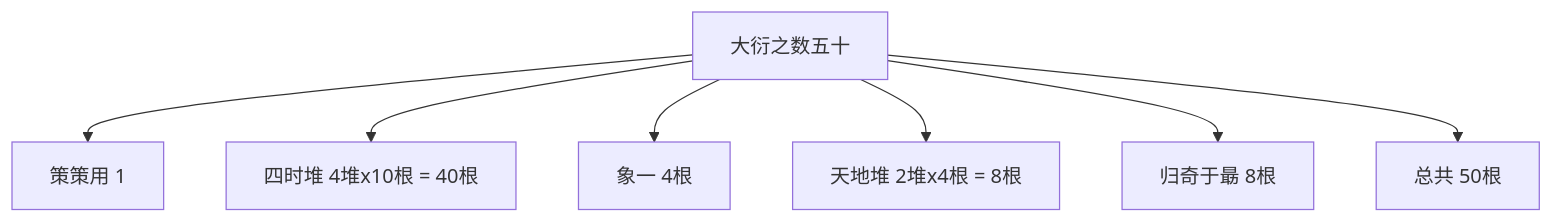
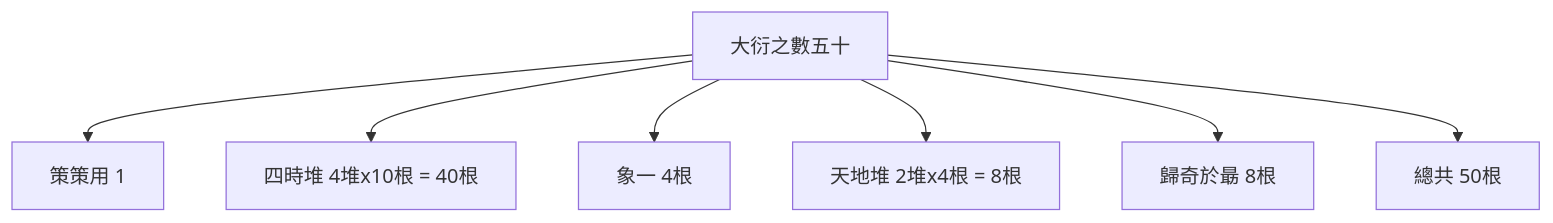
Before and after one commit to kmjade/knowledge-value: the fourth of 5 diagrams in 3 Resources/04-Interests/易学/03-占卜方法/蓍草占卜法.md, drawn with Mermaid. The commit also changed other lines of this file and 49 other files, not shown here.

````diff
--- a/3 Resources/04-Interests/易学/03-占卜方法/蓍草占卜法.md
+++ b/3 Resources/04-Interests/易学/03-占卜方法/蓍草占卜法.md
@@ -113,9 +113,9 @@
 ```mermaid
 graph TB
-    A[大衍之数五十] --> B[策策用 1]
-    A --> C[四时堆 4堆x10根 = 40根]
+    A[大衍之數五十] --> B[策策用 1]
+    A --> C[四時堆 4堆x10根 = 40根]
     A --> D[象一 4根]
     A --> E[天地堆 2堆x4根 = 8根]
-    A --> F[归奇于朂 8根]
-    A --> G[总共 50根]
+    A --> F[歸奇於朂 8根]
+    A --> G[總共 50根]
 ```
````
